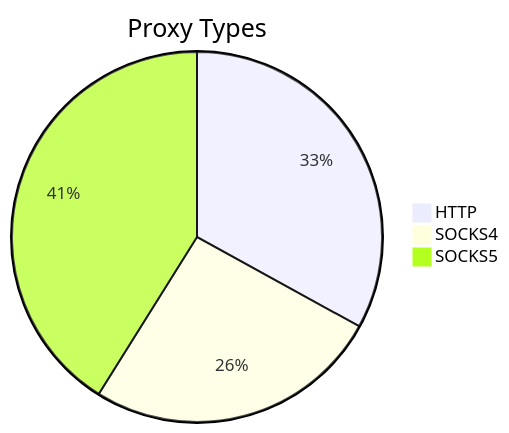
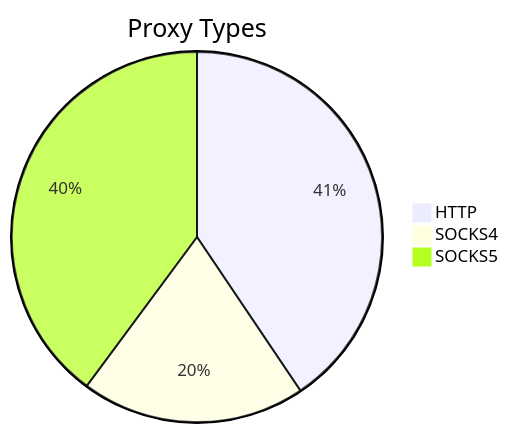
One commit to stormsia/proxy-list changed the first of 2 diagrams in README.md. Above: the diagram before and after it, drawn with Mermaid. The commit also changed other lines of this file, not shown here.

````diff
--- a/README.md
+++ b/README.md
@@ -21,6 +21,6 @@
 ```mermaid
 pie title Proxy Types
-    "HTTP" : 102
-    "SOCKS4" : 80
-    "SOCKS5" : 127
+    "HTTP" : 114
+    "SOCKS4" : 55
+    "SOCKS5" : 112
 ```
````
